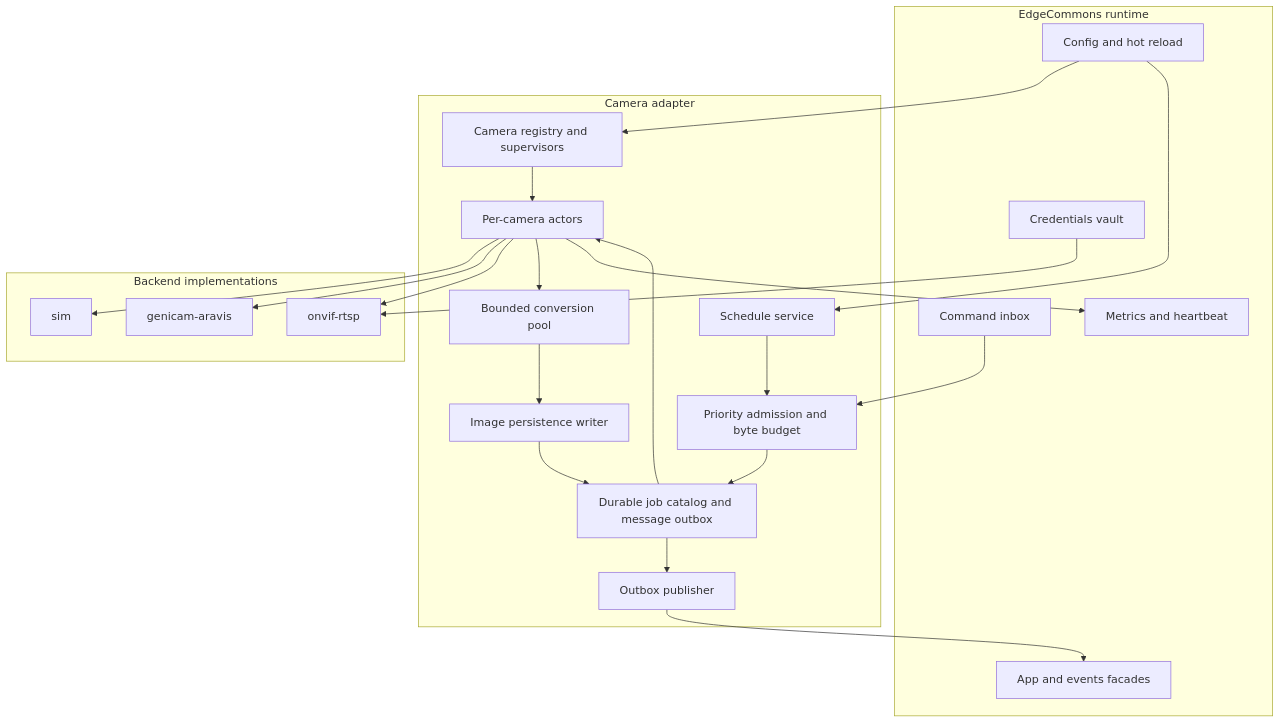
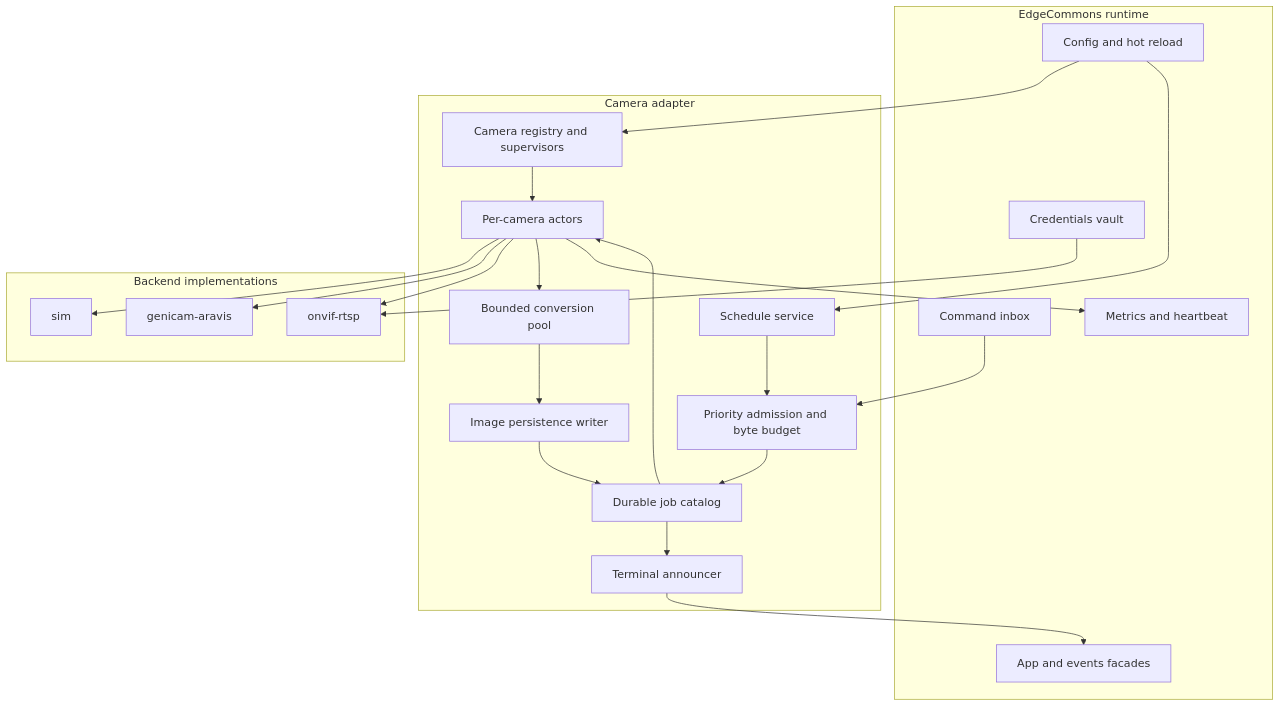
One commit to edgecommons/camera-adapter changed the second of 15 diagrams in DESIGN.md. Above: the diagram before and after it, drawn with Mermaid. The commit also changed other lines of this file and 24 other files, not shown here.

````diff
--- a/DESIGN.md
+++ b/DESIGN.md
@@ -166,45 +167,45 @@
 ```mermaid
 flowchart TB
   subgraph EdgeCommons["EdgeCommons runtime"]
     Config["Config and hot reload"]
     Commands["Command inbox"]
     Facades["App and events facades"]
     Metrics["Metrics and heartbeat"]
     Credentials["Credentials vault"]
   end
 
   subgraph Adapter["Camera adapter"]
     Registry["Camera registry and supervisors"]
     Scheduler["Schedule service"]
     Admission["Priority admission and byte budget"]
-    Jobs["Durable job catalog and message outbox"]
+    Jobs["Durable job catalog"]
     Workers["Per-camera actors"]
     Encoder["Bounded conversion pool"]
     Writer["Image persistence writer"]
-    Publisher["Outbox publisher"]
+    Publisher["Terminal announcer"]
   end
 
   subgraph Backends["Backend implementations"]
     Sim["sim"]
     Genicam["genicam-aravis"]
     Onvif["onvif-rtsp"]
   end
 
   Config --> Registry
   Config --> Scheduler
   Commands --> Admission
   Scheduler --> Admission
   Admission --> Jobs
   Jobs --> Workers
   Registry --> Workers
   Workers --> Sim
   Workers --> Genicam
   Workers --> Onvif
   Workers --> Encoder
   Encoder --> Writer
   Writer --> Jobs
   Jobs --> Publisher
   Publisher --> Facades
   Workers --> Metrics
   Credentials --> Onvif
 ```
````
